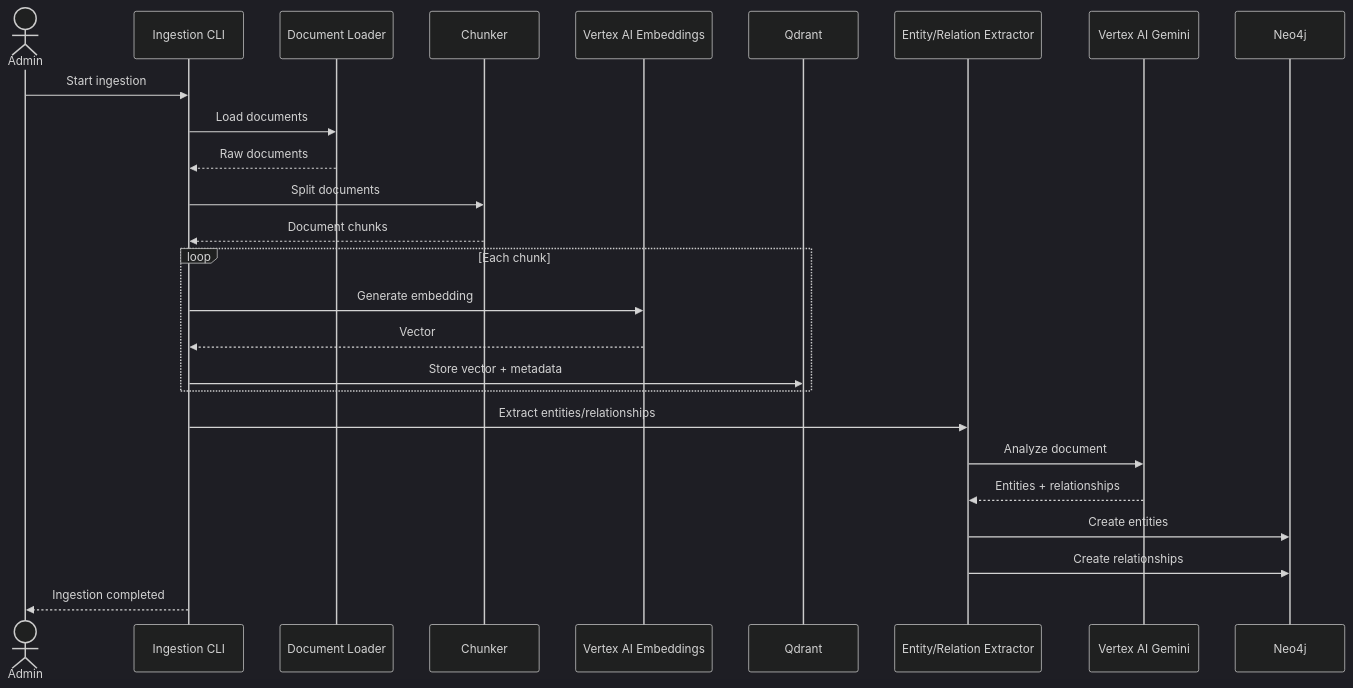
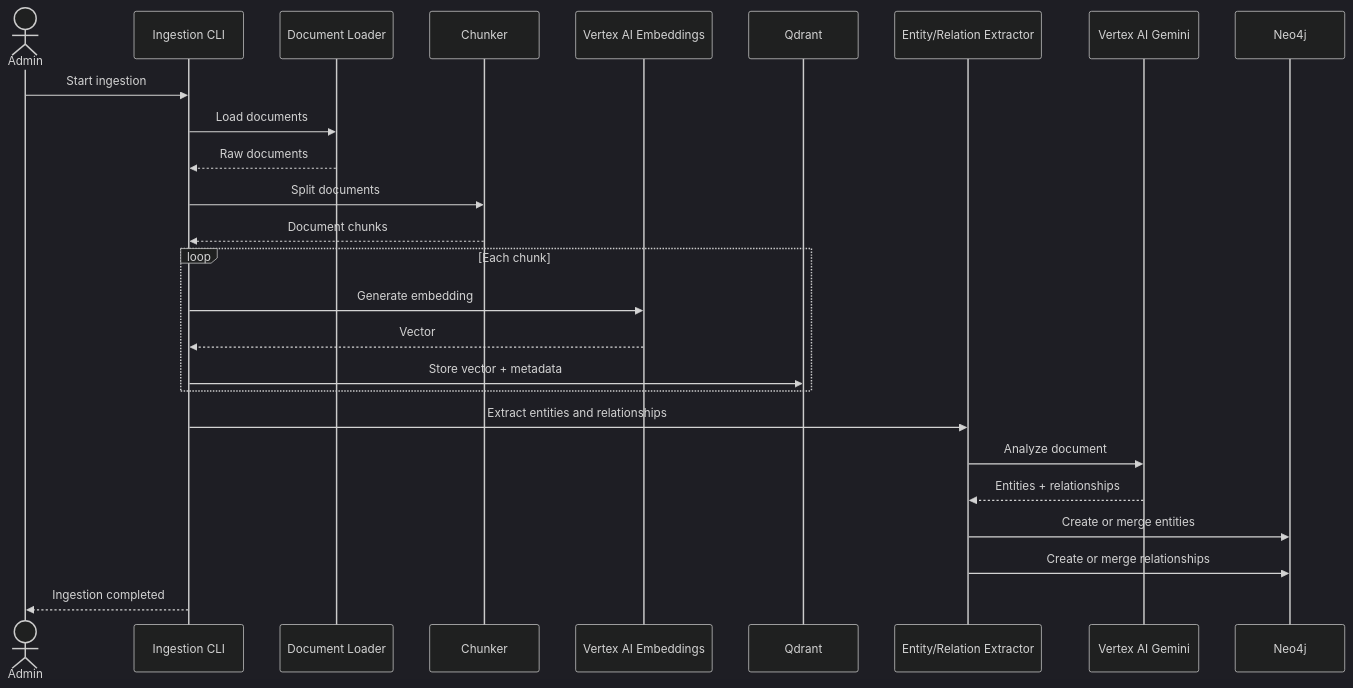
Before and after one commit to adarshmadhusoodanan/agentic-graph-rag: the diagram in docs/07_ingestion_sequence_diagram.md, drawn with Mermaid (dark theme). The commit also changed other lines of this file and 8 other files, not shown here.

````diff
--- a/docs/07_ingestion_sequence_diagram.md
+++ b/docs/07_ingestion_sequence_diagram.md
@@ -4,36 +3,34 @@
 ```mermaid
 sequenceDiagram
-
     actor Admin
     participant CLI as Ingestion CLI
     participant Loader as Document Loader
     participant Chunker as Chunker
     participant Embedder as Vertex AI Embeddings
     participant Qdrant as Qdrant
     participant Extractor as Entity/Relation Extractor
     participant Gemini as Vertex AI Gemini
     participant Neo4j as Neo4j
 
     Admin->>CLI: Start ingestion
-
     CLI->>Loader: Load documents
     Loader-->>CLI: Raw documents
 
     CLI->>Chunker: Split documents
     Chunker-->>CLI: Document chunks
 
     loop Each chunk
         CLI->>Embedder: Generate embedding
         Embedder-->>CLI: Vector
         CLI->>Qdrant: Store vector + metadata
     end
 
-    CLI->>Extractor: Extract entities/relationships
+    CLI->>Extractor: Extract entities and relationships
     Extractor->>Gemini: Analyze document
     Gemini-->>Extractor: Entities + relationships
 
-    Extractor->>Neo4j: Create entities
-    Extractor->>Neo4j: Create relationships
+    Extractor->>Neo4j: Create or merge entities
+    Extractor->>Neo4j: Create or merge relationships
 
     CLI-->>Admin: Ingestion completed
 ```
````
